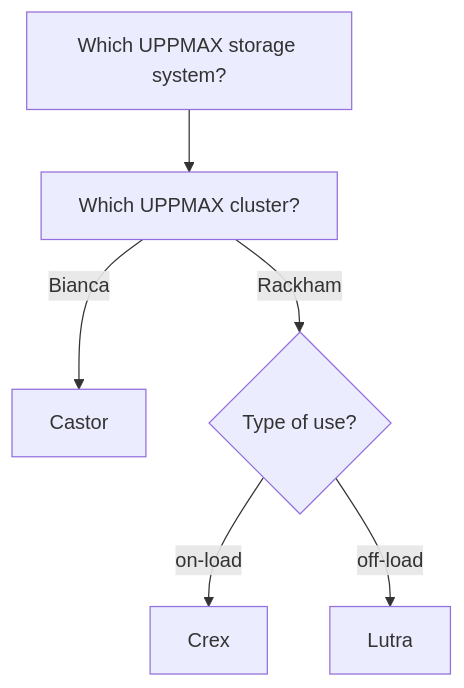
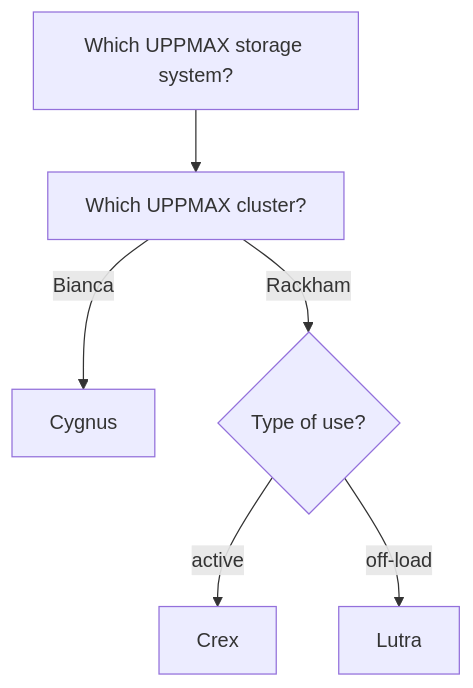
One commit to UPPMAX/UPPMAX-documentation changed the second of 3 diagrams in docs/cluster_guides/uppmax_systems.md. Above: the diagram before and after it, drawn with Mermaid. The commit also changed other lines of this file, not shown here.

Commit message:
uppmax_systems.md on-load --> active

````diff
--- a/docs/cluster_guides/uppmax_systems.md
+++ b/docs/cluster_guides/uppmax_systems.md
@@ -59,14 +61,14 @@
 ```mermaid
 flowchart TD
     UPPMAX[Which UPPMAX storage system?]
     which_cluster[Which UPPMAX cluster?]
-    Castor
+    Cygnus
     Lutra
     usage_type{Type of use?}
 
     UPPMAX-->which_cluster
     which_cluster-->|Rackham|usage_type
-    which_cluster-->|Bianca|Castor
-    usage_type-->|on-load|Crex
+    which_cluster-->|Bianca|Cygnus
+    usage_type-->|active|Crex
     usage_type-->|off-load|Lutra
 ```
````
